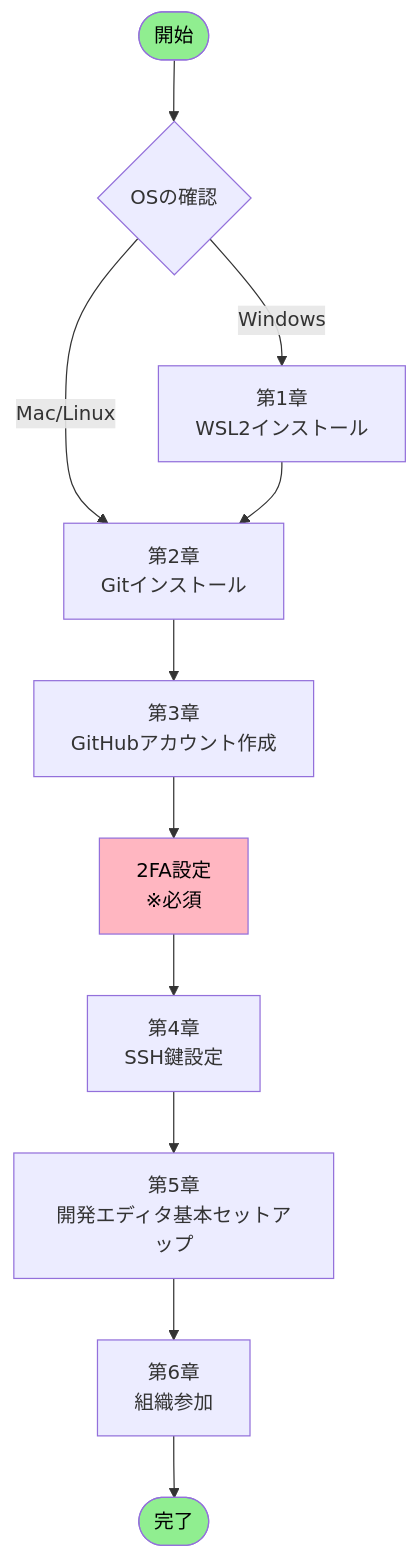
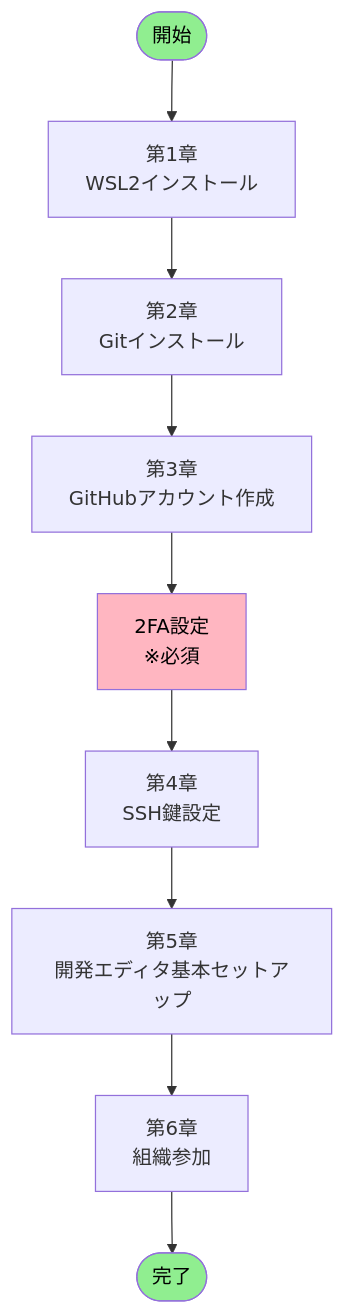
One commit to sas-com/github-guidelines changed the first of 2 diagrams in docs/onboarding/GITHUB_ENVIRONMENT_SETUP.md. Above: the diagram before and after it, drawn with Mermaid. The commit also changed other lines of this file and 4 other files, not shown here.

````diff
--- a/docs/onboarding/GITHUB_ENVIRONMENT_SETUP.md
+++ b/docs/onboarding/GITHUB_ENVIRONMENT_SETUP.md
@@ -89,17 +89,15 @@
 ```mermaid
 graph TB
-    Start([開始]) --> OS{OSの確認}
-    OS -->|Windows| WSL[第1章<br/>WSL2インストール]
-    OS -->|Mac/Linux| Git[第2章<br/>Gitインストール]
-    WSL --> Git
+    Start([開始]) --> WSL[第1章<br/>WSL2インストール]
+    WSL --> Git[第2章<br/>Gitインストール]
     Git --> GitHub[第3章<br/>GitHubアカウント作成]
     GitHub --> TwoFA[2FA設定<br/>※必須]
     TwoFA --> SSH[第4章<br/>SSH鍵設定]
     SSH --> Editor[第5章<br/>開発エディタ基本セットアップ]
     Editor --> Org[第6章<br/>組織参加]
     Org --> Complete([完了])
 
     style Start fill:#90EE90,color:#000
     style Complete fill:#90EE90,color:#000
     style TwoFA fill:#FFB6C1,color:#000
 ```
````
